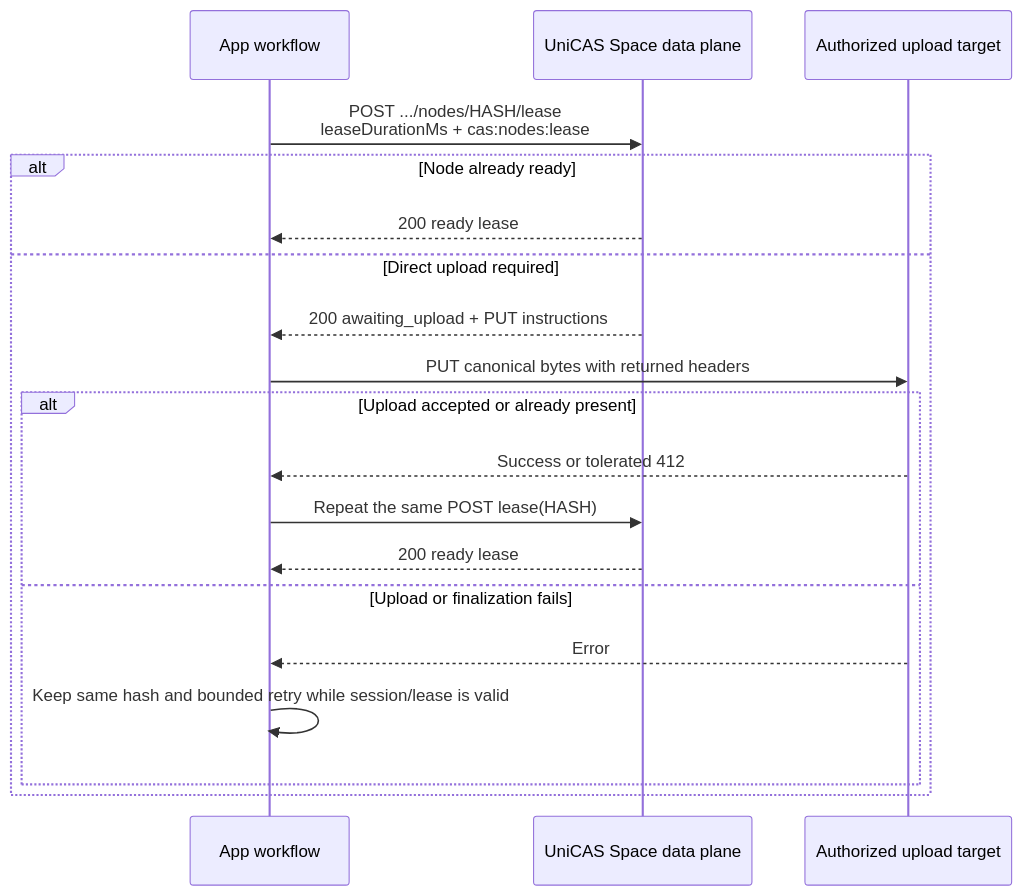
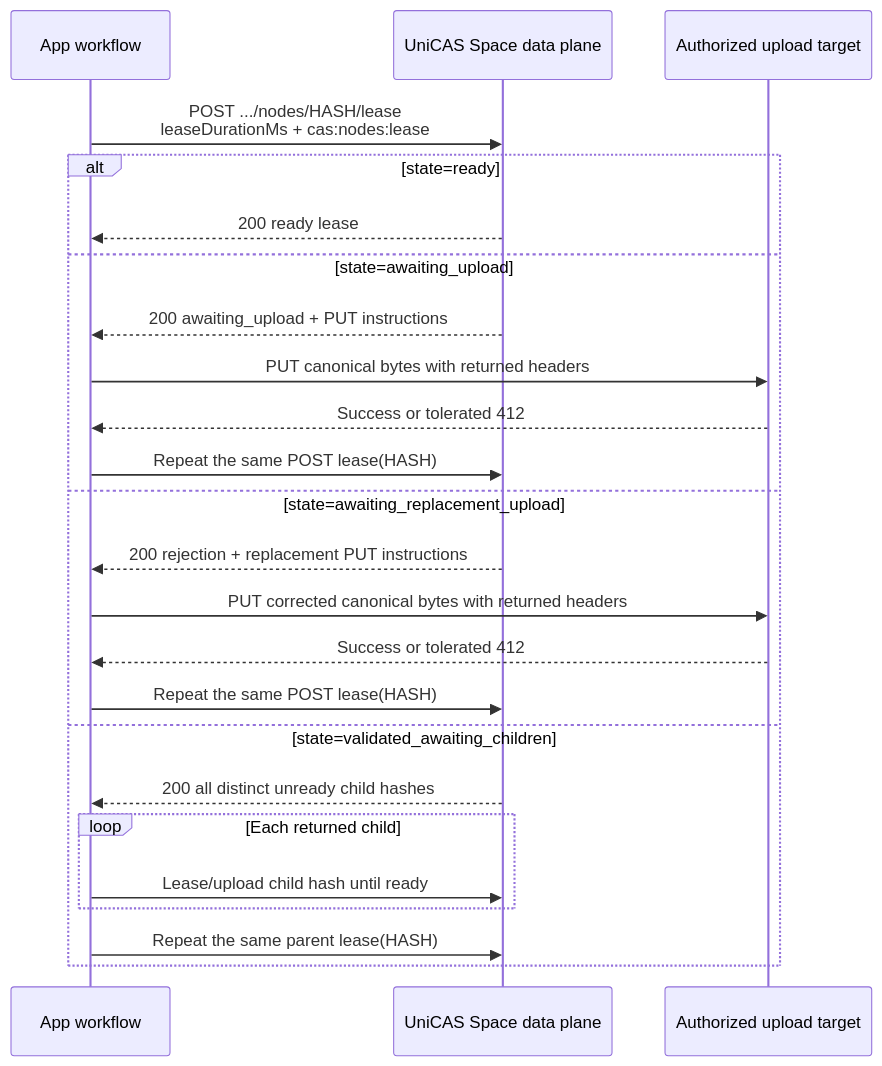
One commit to shazhou-ww/unicas changed the third of 5 diagrams in docs/app-user-api/scenarios.md. Above: the diagram before and after it, drawn with Mermaid. The commit also changed other lines of this file and 3 other files, not shown here.

````diff
--- a/docs/app-user-api/scenarios.md
+++ b/docs/app-user-api/scenarios.md
@@ -74,22 +74,27 @@
 ```mermaid
 sequenceDiagram
     participant App as App workflow
     participant CAS as UniCAS Space data plane
     participant Upload as Authorized upload target
 
     App->>CAS: POST .../nodes/HASH/lease<br/>leaseDurationMs + cas:nodes:lease
-    alt Node already ready
+    alt state=ready
         CAS-->>App: 200 ready lease
-    else Direct upload required
+    else state=awaiting_upload
         CAS-->>App: 200 awaiting_upload + PUT instructions
         App->>Upload: PUT canonical bytes with returned headers
-        alt Upload accepted or already present
-            Upload-->>App: Success or tolerated 412
-            App->>CAS: Repeat the same POST lease(HASH)
-            CAS-->>App: 200 ready lease
-        else Upload or finalization fails
-            Upload-->>App: Error
-            App->>App: Keep same hash and bounded retry while session/lease is valid
+        Upload-->>App: Success or tolerated 412
+        App->>CAS: Repeat the same POST lease(HASH)
+    else state=awaiting_replacement_upload
+        CAS-->>App: 200 rejection + replacement PUT instructions
+        App->>Upload: PUT corrected canonical bytes with returned headers
+        Upload-->>App: Success or tolerated 412
+        App->>CAS: Repeat the same POST lease(HASH)
+    else state=validated_awaiting_children
+        CAS-->>App: 200 all distinct unready child hashes
+        loop Each returned child
+            App->>CAS: Lease/upload child hash until ready
         end
+        App->>CAS: Repeat the same parent lease(HASH)
     end
 ```
````
